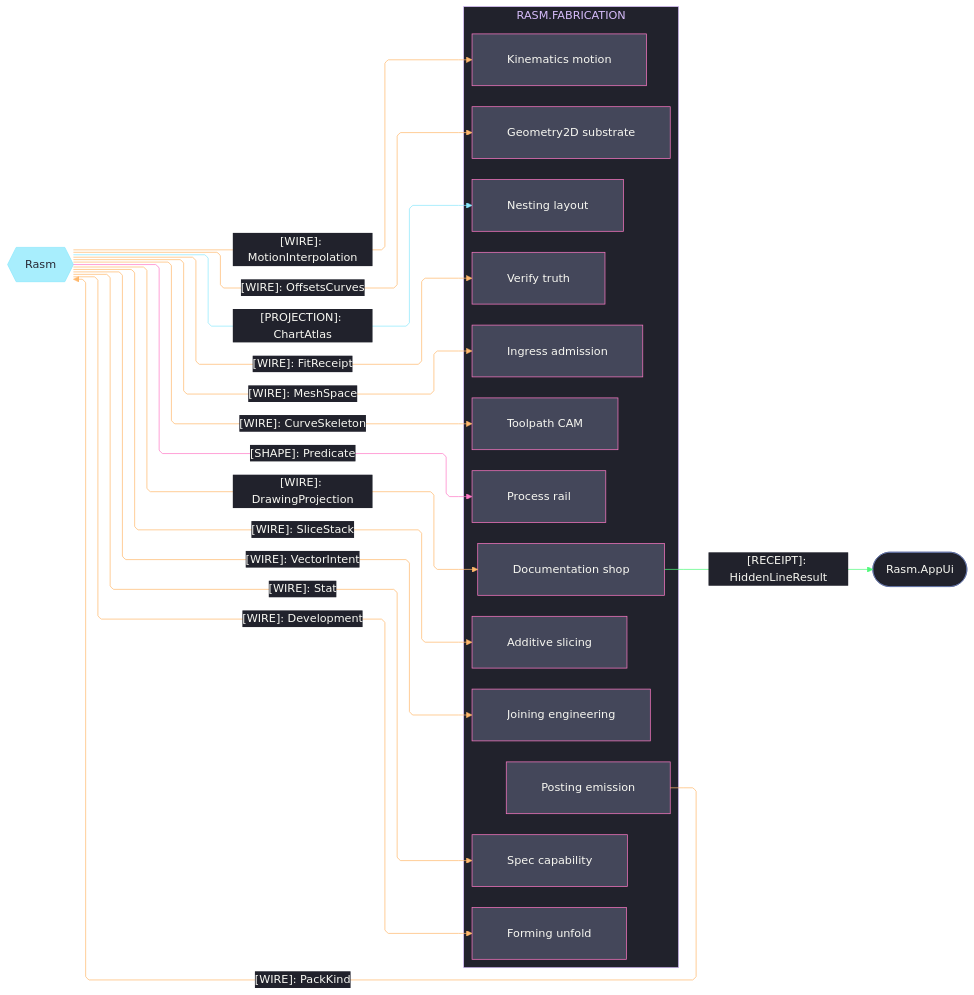
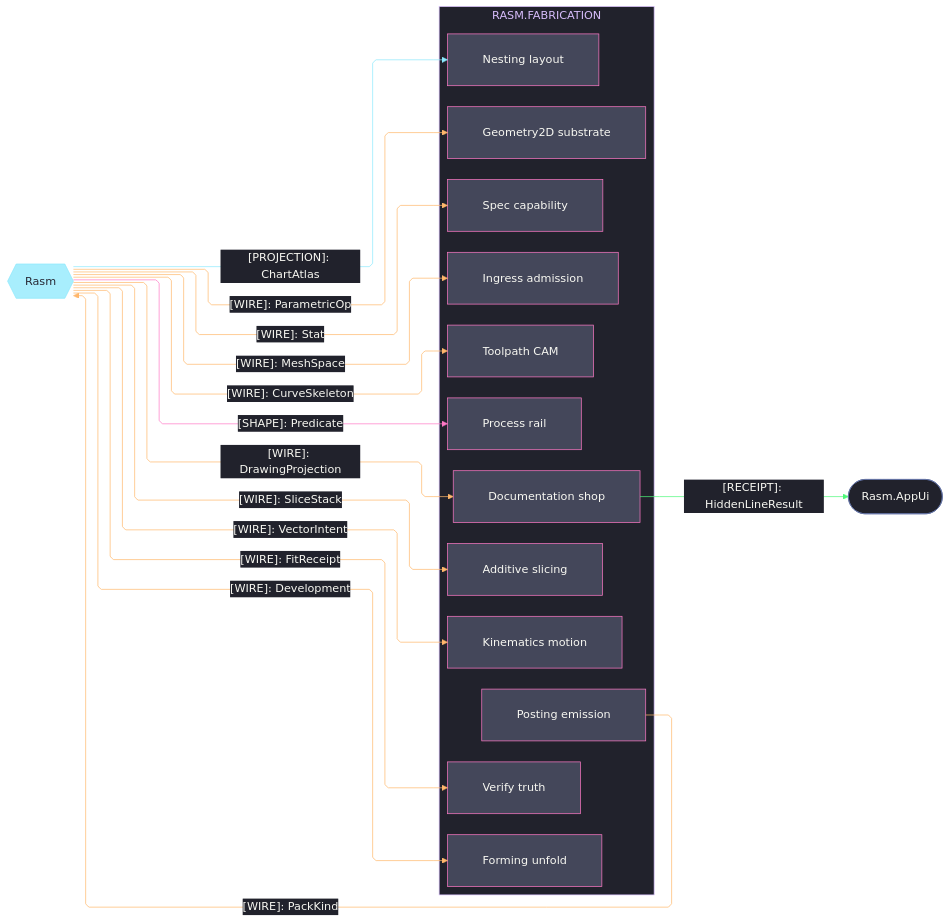
One commit to bsamiee/Rasm changed the third of 3 diagrams in libs/csharp/Rasm.Fabrication/ARCHITECTURE.md. Above: the diagram before and after it, drawn with Mermaid. The commit also changed other lines of this file and 24 other files, not shown here.

Commit message:
architecture: seam registries + codemaps aligned across the estate (worker fabric edges, scene rows, csharp/ts seam mirrors)

````diff
--- a/libs/csharp/Rasm.Fabrication/ARCHITECTURE.md
+++ b/libs/csharp/Rasm.Fabrication/ARCHITECTURE.md
@@ -149,76 +244,74 @@
 ```mermaid
 ---
 config:
   theme: base
   look: classic
   layout: elk
   flowchart:
     curve: linear
     padding: 25
   themeVariables:
     darkMode: true
     fontFamily: "SF Mono, Menlo, Cascadia Mono, Segoe UI Mono, Consolas, monospace"
     useGradient: false
     dropShadow: "none"
     background: "#282A36"
     primaryColor: "#44475A"
     primaryTextColor: "#F8F8F2"
     primaryBorderColor: "#BD93F9"
     lineColor: "#FF79C6"
     textColor: "#F8F8F2"
     clusterBkg: "#21222C"
     clusterBorder: "#D6BCFA"
     edgeLabelBackground: "#21222C"
     labelBackgroundColor: "#21222C"
     titleColor: "#D6BCFA"
   themeCSS: ".nodeLabel{font-size:13px;font-weight:500}.edgeLabel{font-size:12px;font-weight:500}.cluster-label .nodeLabel{font-size:13.5px;font-weight:700;letter-spacing:.08em}.edge-thickness-normal{stroke-width:2px}.edge-thickness-thick{stroke-width:3px}.edge-pattern-dashed,.edge-pattern-dotted{stroke-width:1.5px;stroke-dasharray:4 6}.node rect,.node circle,.node polygon,.node path,.node .outer-path{stroke-width:1.5px;filter:none!important}.cluster rect{stroke-width:1px!important;stroke-dasharray:5 4!important;filter:none!important}.marker path{transform:scale(.8);transform-origin:5px 5px}.marker circle{transform:scale(.48);transform-origin:5px 5px}.edgeLabel rect{transform-box:fill-box;transform-origin:center;transform:scale(1.1,1.2)}"
 ---
 flowchart LR
     accTitle: Fabrication kernel and platform seams
     accDescr: Fabrication sub-domain owners consuming kernel geometry from Rasm, publishing the toolpath pack back into it, and delivering the hidden-line receipt to the app shell, edge rails colored by kind and nodes classed by seam direction.
     subgraph fabrication[RASM.FABRICATION]
         Process[Process rail]
         Ingress[Ingress admission]
         Geometry2D[Geometry2D substrate]
         Toolpath[Toolpath CAM]
         Additive[Additive slicing]
         Forming[Forming unfold]
-        Joining[Joining engineering]
         Kinematics[Kinematics motion]
         Nesting[Nesting layout]
         Spec[Spec capability]
         Verify[Verify truth]
         Documentation[Documentation shop]
         Posting[Posting emission]
     end
     Rasm{{Rasm}}
     AppUi([Rasm.AppUi])
     Rasm e1@-->|"[SHAPE]: Predicate"| Process
     Rasm e2@-->|"[WIRE]: MeshSpace"| Ingress
-    Rasm e3@-->|"[WIRE]: OffsetsCurves"| Geometry2D
+    Rasm e3@-->|"[WIRE]: ParametricOp"| Geometry2D
     Rasm e4@-->|"[WIRE]: CurveSkeleton"| Toolpath
     Rasm e5@-->|"[WIRE]: SliceStack"| Additive
     Rasm e6@-->|"[WIRE]: Development"| Forming
-    Rasm e7@-->|"[WIRE]: VectorIntent"| Joining
-    Rasm e8@-->|"[WIRE]: MotionInterpolation"| Kinematics
+    Rasm e7@-->|"[WIRE]: VectorIntent"| Kinematics
     Rasm e9@-->|"[PROJECTION]: ChartAtlas"| Nesting
     Rasm e10@-->|"[WIRE]: Stat"| Spec
     Rasm e11@-->|"[WIRE]: FitReceipt"| Verify
     Rasm e12@-->|"[WIRE]: DrawingProjection"| Documentation
     Posting e13@-->|"[WIRE]: PackKind"| Rasm
     Documentation e14@-->|"[RECEIPT]: HiddenLineResult"| AppUi
     classDef primary fill:#44475A,stroke:#FF79C6,color:#F8F8F2
     classDef external fill:#8BE9FDBF,stroke:#8BE9FD,color:#282A36
     classDef annotation fill:#21222C,stroke:#6272A4,color:#F8F8F2
     classDef edgeData stroke:#FFB86C,color:#F8F8F2
     classDef edgeSuccess stroke:#50FA7B,color:#F8F8F2
     classDef edgeExternal stroke:#8BE9FD,color:#F8F8F2
     classDef edgeControl stroke:#FF79C6,color:#F8F8F2
-    class Process,Ingress,Geometry2D,Toolpath,Additive,Forming,Joining,Kinematics,Nesting,Spec,Verify,Documentation,Posting primary
+    class Process,Ingress,Geometry2D,Toolpath,Additive,Forming,Kinematics,Nesting,Spec,Verify,Documentation,Posting primary
     class Rasm external
     class AppUi annotation
-    class e2,e3,e4,e5,e6,e7,e8,e10,e11,e12,e13 edgeData
+    class e2,e3,e4,e5,e6,e7,e10,e11,e12,e13 edgeData
     class e1 edgeControl
     class e9 edgeExternal
     class e14 edgeSuccess
 ```
````
